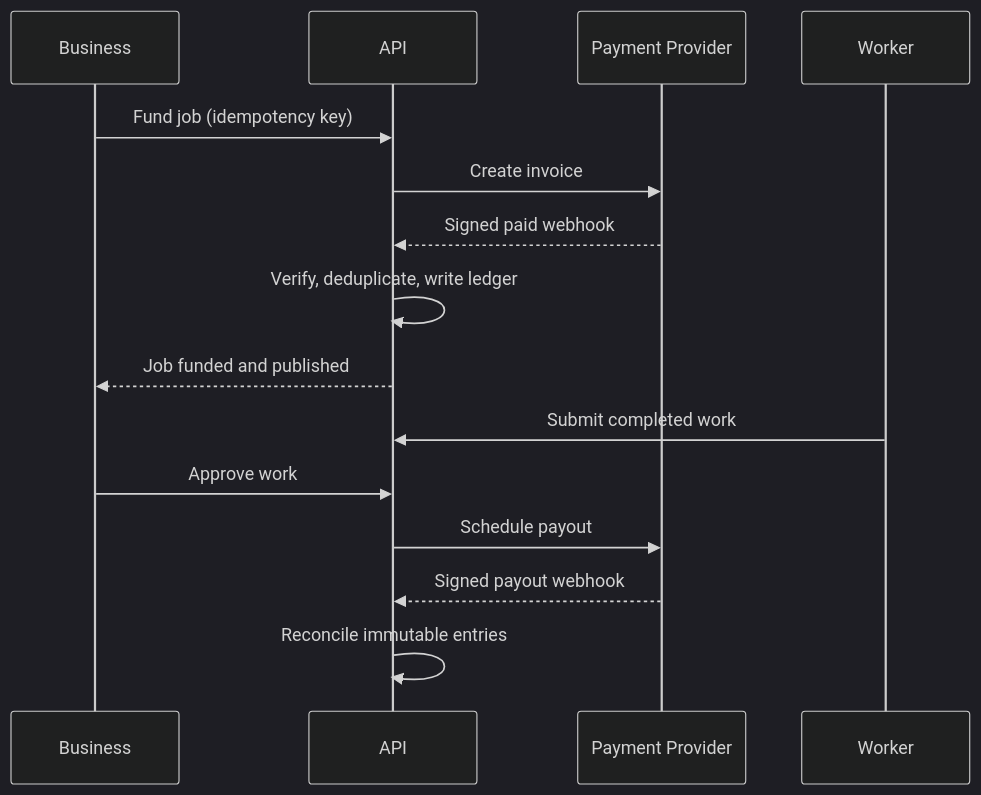
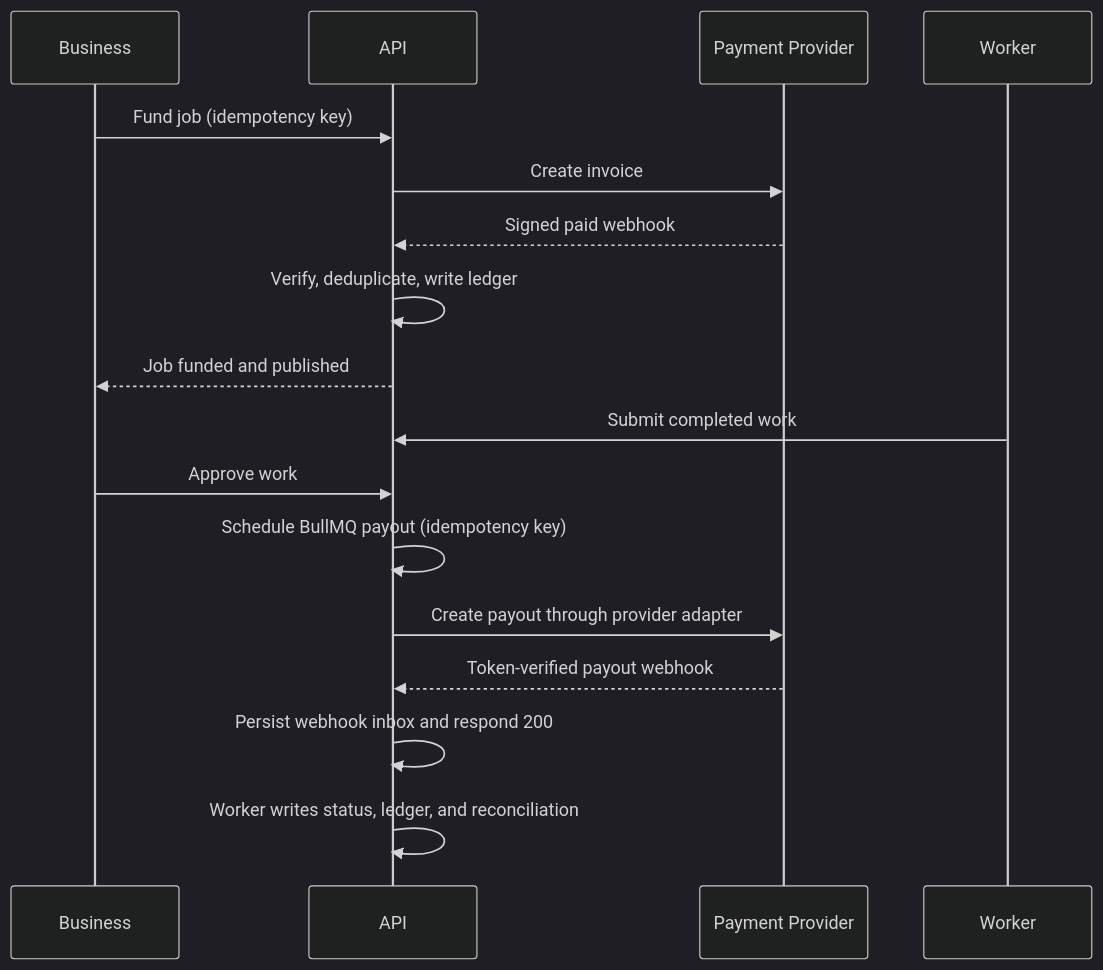
The diagram in docs/payment-flow.md (Sendok/pulihkanaku), drawn with Mermaid (dark theme) before and after one commit. The commit also changed other lines of this file and 35 other files, not shown here.

````diff
--- a/docs/payment-flow.md
+++ b/docs/payment-flow.md
@@ -3,17 +3,19 @@
 ```mermaid
 sequenceDiagram
   participant B as Business
   participant API
   participant PG as Payment Provider
   participant W as Worker
   B->>API: Fund job (idempotency key)
   API->>PG: Create invoice
   PG-->>API: Signed paid webhook
   API->>API: Verify, deduplicate, write ledger
   API-->>B: Job funded and published
   W->>API: Submit completed work
   B->>API: Approve work
-  API->>PG: Schedule payout
-  PG-->>API: Signed payout webhook
-  API->>API: Reconcile immutable entries
+  API->>API: Schedule BullMQ payout (idempotency key)
+  API->>PG: Create payout through provider adapter
+  PG-->>API: Token-verified payout webhook
+  API->>API: Persist webhook inbox and respond 200
+  API->>API: Worker writes status, ledger, and reconciliation
 ```
````
